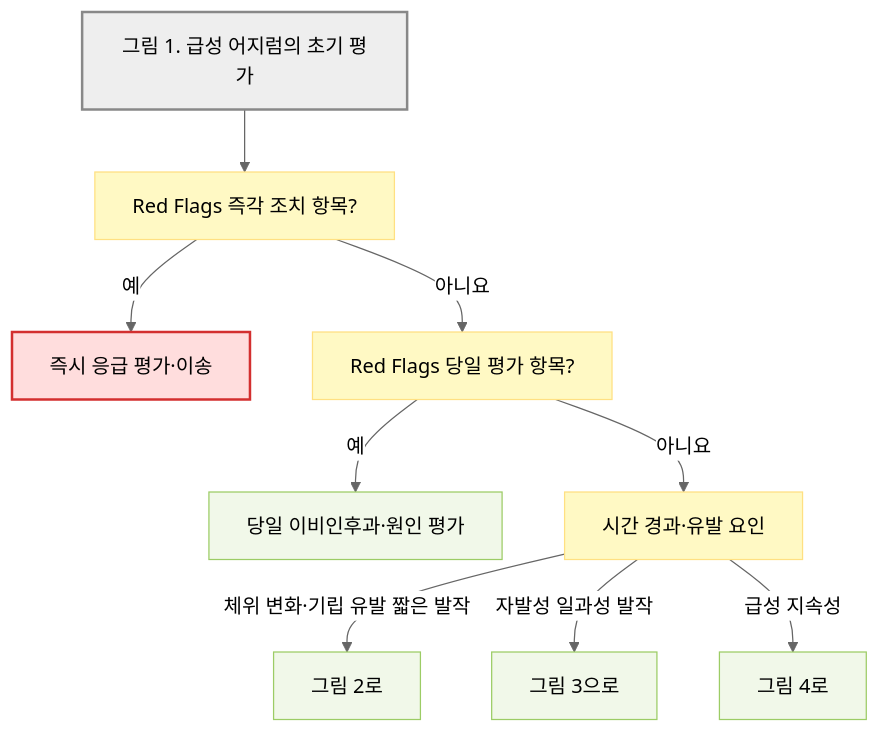
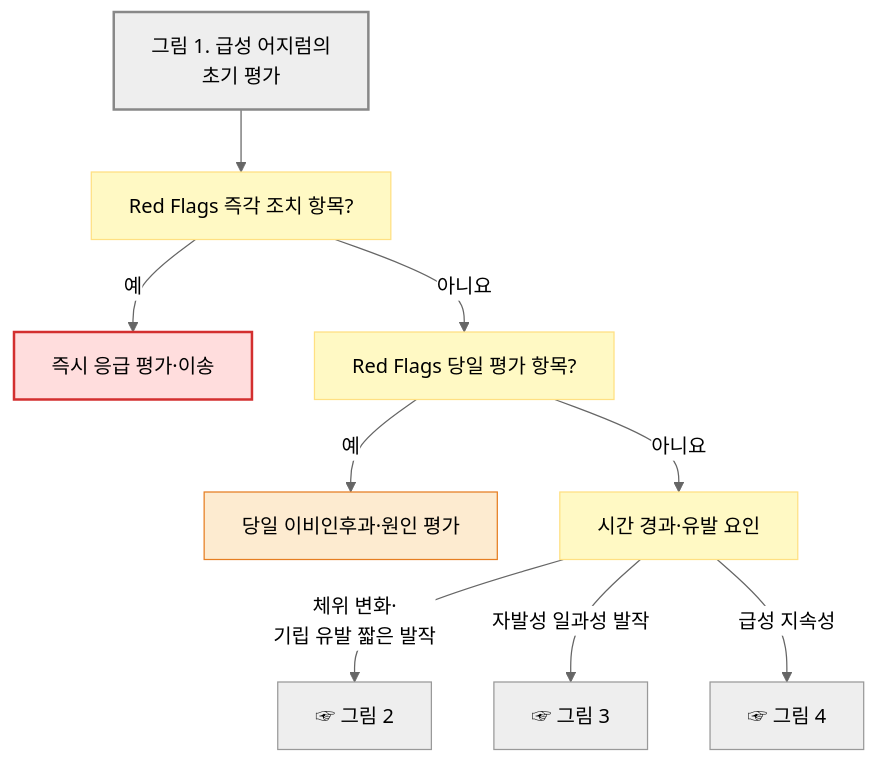
One commit to familyoh77/familyoh77 changed the first of 4 diagrams in 221_/020_-dizziness.md. Above: the diagram before and after it, drawn with Mermaid (neutral theme). The commit also changed other lines of this file, not shown here.

````diff
--- a/221_/020_-dizziness.md
+++ b/221_/020_-dizziness.md
@@ -470,20 +482,19 @@
 ```mermaid
 flowchart TD
-    A["그림 1. 급성 어지럼의 초기 평가"] --> R["Red Flags 즉각 조치 항목?"]
+    A["그림 1. 급성 어지럼의 <br/>초기 평가"] --> R["Red Flags 즉각 조치 항목?"]
     R -- "예" --> U["즉시 응급 평가·이송"]
     R -- "아니요" --> R2["Red Flags 당일 평가 항목?"]
     R2 -- "예" --> S["당일 이비인후과·원인 평가"]
     R2 -- "아니요" --> B["시간 경과·유발 요인"]
-    B -- "체위 변화·기립 유발 짧은 발작" --> G2["그림 2로"]
-    B -- "자발성 일과성 발작" --> G3["그림 3으로"]
-    B -- "급성 지속성" --> G4["그림 4로"]
-
+    B -- "체위 변화·<br/>기립 유발 짧은 발작" --> G2["☞ 그림 2"]
+    B -- "자발성 일과성 발작" --> G3["☞ 그림 3"]
+    B -- "급성 지속성" --> G4["☞ 그림 4"]
     classDef start fill:#eeeeee,stroke:#888888,stroke-width:2px
     classDef question fill:#fff9c4,stroke:#ffe082
     classDef emergency fill:#ffdddd,stroke:#d32f2f,stroke-width:2px
-    classDef evaluation fill:#f1f8e9,stroke:#9ccc65
     class A start
     class R,R2,B question
     class U emergency
-    class S,G2,G3,G4 evaluation
+classDef caution fill:#fdebd0,stroke:#e67e22
+class S caution
 ```
````
